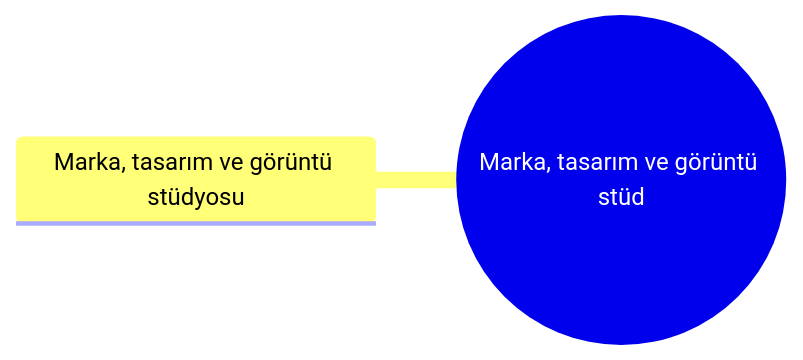
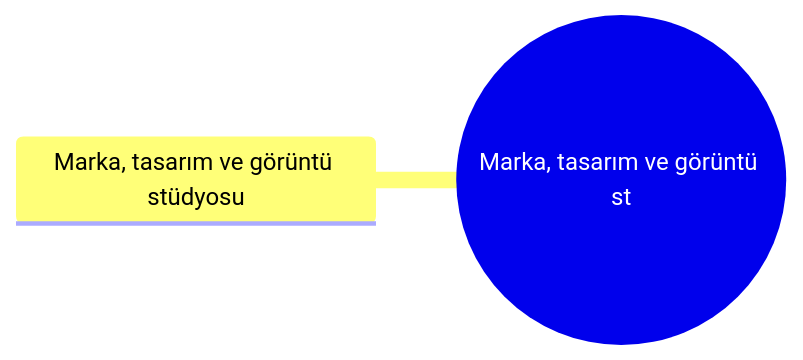
Before and after one commit to sametkarabulut-dev/xfuturepos-v2: the diagram in 02 İşletmeler/15 Teknoloji Medya & Ajans/Marka, tasarım ve görüntü stüdyosu/Dal – Marka, tasarım ve görüntü stüdyosu.md, drawn with Mermaid. The commit also changed other lines of this file and 241 other files, not shown here.

````diff
--- a/02 İşletmeler/15 Teknoloji Medya & Ajans/Marka, tasarım ve görüntü stüdyosu/Dal – Marka, tasarım ve görüntü stüdyosu.md
+++ b/02 İşletmeler/15 Teknoloji Medya & Ajans/Marka, tasarım ve görüntü stüdyosu/Dal – Marka, tasarım ve görüntü stüdyosu.md
@@ -22,5 +22,5 @@
 ```mermaid
 mindmap
-  root((Marka, tasarım ve görüntü stüd))
+  root((Marka, tasarım ve görüntü st))
     Marka, tasarım ve görüntü stüdyosu
 ```
````
